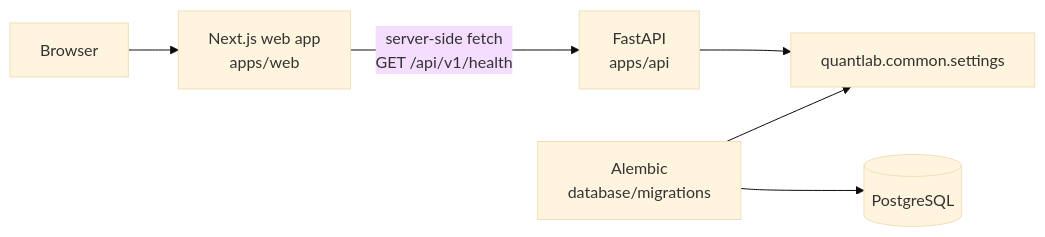
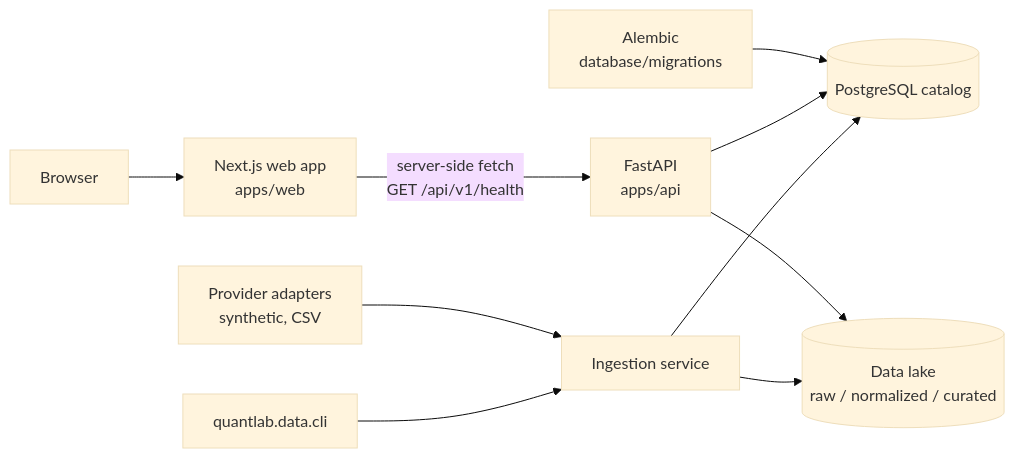
The diagram in docs/architecture/system-overview.md (aayush-1910/quantlab), drawn with Mermaid (base theme) before and after one commit. The commit also changed other lines of this file and 40 other files, not shown here.

````diff
--- a/docs/architecture/system-overview.md
+++ b/docs/architecture/system-overview.md
@@ -9,8 +9,12 @@
 ```mermaid
 flowchart LR
     BROWSER[Browser] --> WEB[Next.js web app<br/>apps/web]
     WEB -- "server-side fetch<br/>GET /api/v1/health" --> API[FastAPI<br/>apps/api]
-    API --> SETTINGS[quantlab.common.settings]
-    ALEMBIC[Alembic<br/>database/migrations] --> PG[(PostgreSQL)]
-    ALEMBIC --> SETTINGS
+    CLI[quantlab.data.cli] --> INGEST[Ingestion service]
+    PROVIDERS[Provider adapters<br/>synthetic, CSV] --> INGEST
+    INGEST --> PG[(PostgreSQL catalog)]
+    INGEST --> LAKE[(Data lake<br/>raw / normalized / curated)]
+    API --> PG
+    API --> LAKE
+    ALEMBIC[Alembic<br/>database/migrations] --> PG
 ```
````
